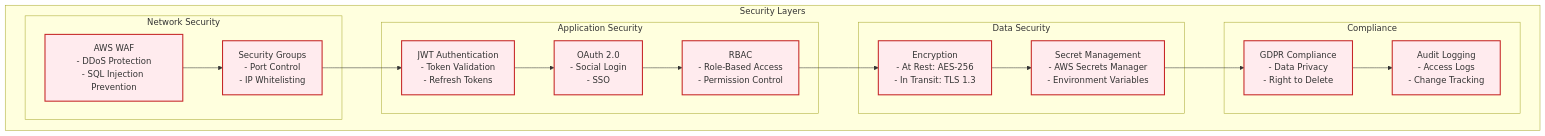
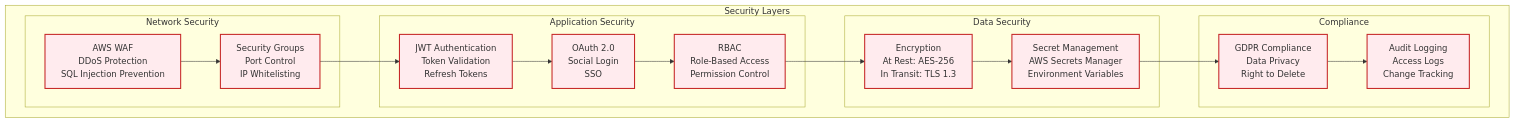
Before and after one commit to prgrms-aibe-devcourse/AIBE2_FinalProject_Compass_BE: the fifth of 6 diagrams in docs/SYSTEM_ARCHITECTURE.md, drawn with Mermaid. The commit also changed other lines of this file and 35 other files, not shown here.

````diff
--- a/docs/SYSTEM_ARCHITECTURE.md
+++ b/docs/SYSTEM_ARCHITECTURE.md
@@ -305,38 +338,38 @@
 ```mermaid
 graph TB
     subgraph "Security Layers"
         subgraph "Network Security"
-            WAF[AWS WAF<br/>- DDoS Protection<br/>- SQL Injection Prevention]
-            SG[Security Groups<br/>- Port Control<br/>- IP Whitelisting]
+            WAF[AWS WAF<br/>DDoS Protection<br/>SQL Injection Prevention]
+            SG[Security Groups<br/>Port Control<br/>IP Whitelisting]
         end
 
         subgraph "Application Security"
-            JWT[JWT Authentication<br/>- Token Validation<br/>- Refresh Tokens]
-            OAUTH[OAuth 2.0<br/>- Social Login<br/>- SSO]
-            RBAC[RBAC<br/>- Role-Based Access<br/>- Permission Control]
+            JWT[JWT Authentication<br/>Token Validation<br/>Refresh Tokens]
+            OAUTH[OAuth 2.0<br/>Social Login<br/>SSO]
+            RBAC[RBAC<br/>Role-Based Access<br/>Permission Control]
         end
 
         subgraph "Data Security"
-            ENCRYPT[Encryption<br/>- At Rest: AES-256<br/>- In Transit: TLS 1.3]
-            VAULT[Secret Management<br/>- AWS Secrets Manager<br/>- Environment Variables]
+            ENCRYPT[Encryption<br/>At Rest: AES-256<br/>In Transit: TLS 1.3]
+            VAULT[Secret Management<br/>AWS Secrets Manager<br/>Environment Variables]
         end
 
         subgraph "Compliance"
-            GDPR[GDPR Compliance<br/>- Data Privacy<br/>- Right to Delete]
-            AUDIT[Audit Logging<br/>- Access Logs<br/>- Change Tracking]
+            GDPR[GDPR Compliance<br/>Data Privacy<br/>Right to Delete]
+            AUDIT[Audit Logging<br/>Access Logs<br/>Change Tracking]
         end
     end
 
     WAF --> SG
     SG --> JWT
     JWT --> OAUTH
     OAUTH --> RBAC
     RBAC --> ENCRYPT
     ENCRYPT --> VAULT
     VAULT --> GDPR
     GDPR --> AUDIT
 
     classDef security fill:#ffebee,stroke:#c62828,stroke-width:2px
 
     class WAF,SG,JWT,OAUTH,RBAC,ENCRYPT,VAULT,GDPR,AUDIT security
 ```
````
